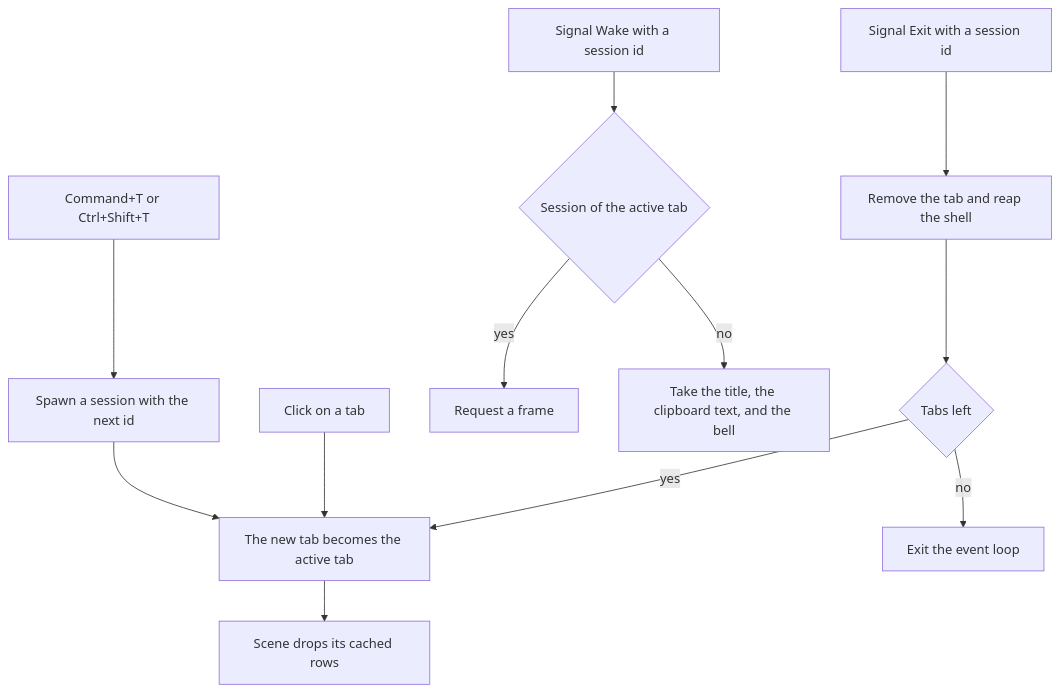
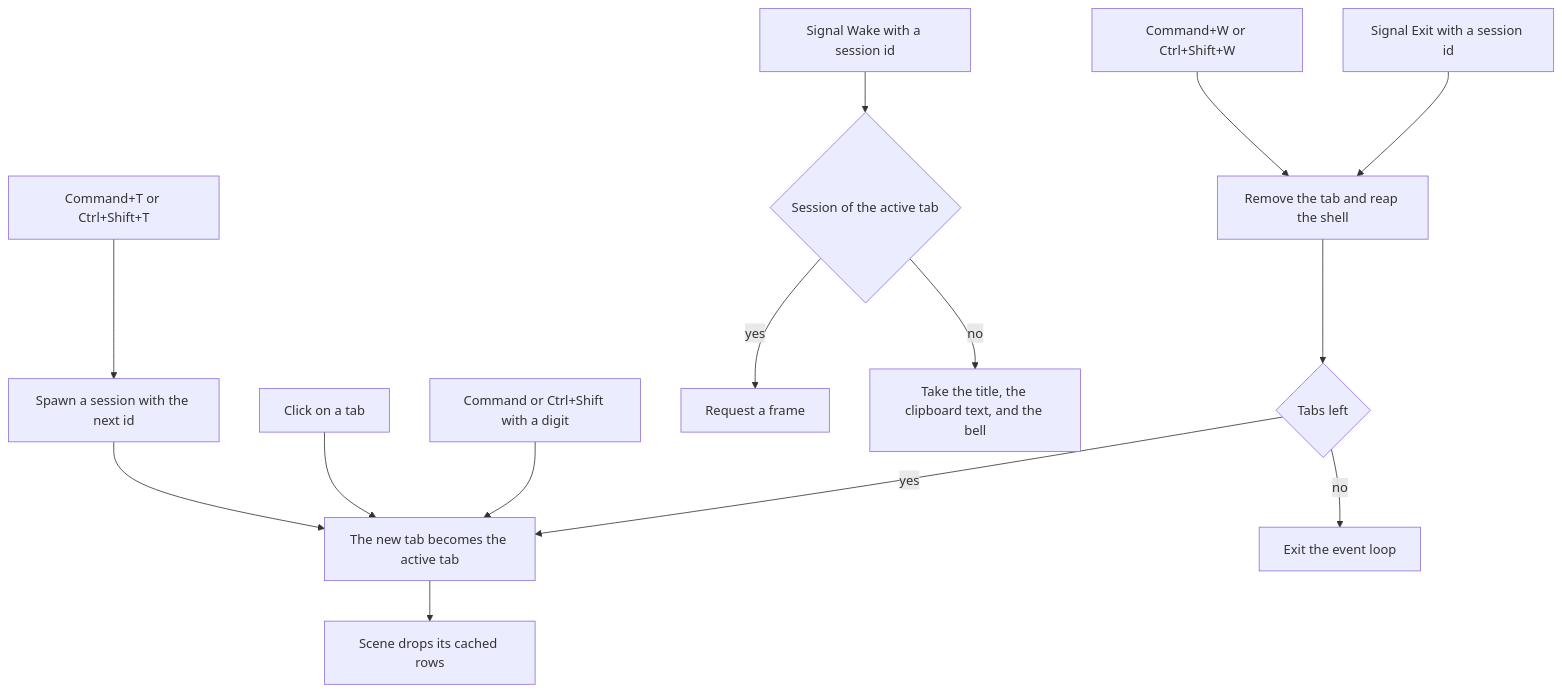
One commit to riya-amemiya/Dartel changed the third of 9 diagrams in docs/architecture.md. Above: the diagram before and after it, drawn with Mermaid. The commit also changed other lines of this file and 50 other files, not shown here.

````diff
--- a/docs/architecture.md
+++ b/docs/architecture.md
@@ -89,14 +93,16 @@
 ```mermaid
 flowchart TD
     key["Command+T or Ctrl+Shift+T"] --> spawn["Spawn a session with the next id"]
     spawn --> active["The new tab becomes the active tab"]
     click["Click on a tab"] --> active
+    digit["Command or Ctrl+Shift with a digit"] --> active
+    shut["Command+W or Ctrl+Shift+W"] --> close
     active --> stale["Scene drops its cached rows"]
     wake["Signal Wake with a session id"] --> which{"Session of the active tab"}
     which -- yes --> frame["Request a frame"]
     which -- no --> drain["Take the title, the clipboard text, and the bell"]
     exit["Signal Exit with a session id"] --> close["Remove the tab and reap the shell"]
     close --> left{"Tabs left"}
     left -- yes --> active
     left -- no --> quit["Exit the event loop"]
 ```
````
